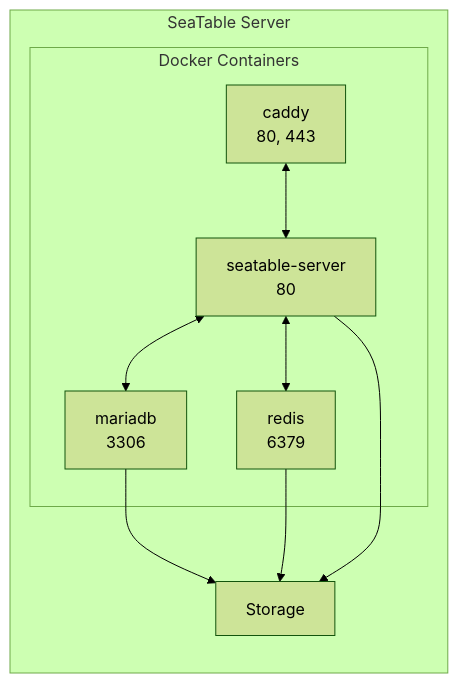
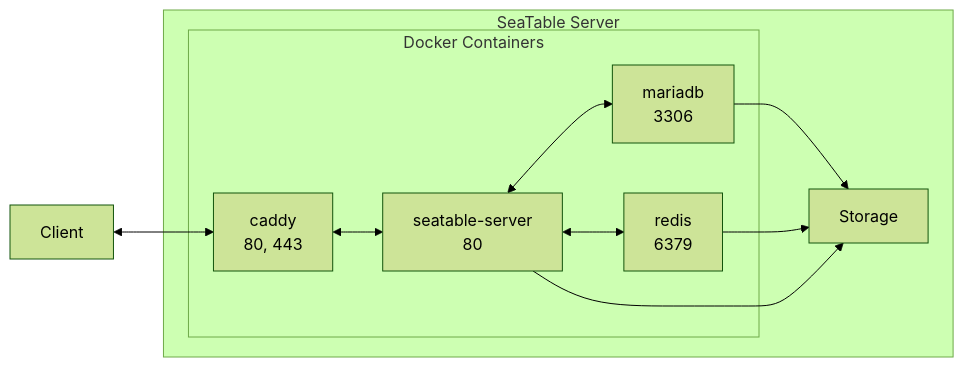
The first of 2 diagrams in docs/introduction/architecture.md (seatable/seatable-admin-docs), drawn with Mermaid (forest theme) before and after one commit.

Commit message:
Update architecture.md
Added client to overview diagram

````diff
--- a/docs/introduction/architecture.md
+++ b/docs/introduction/architecture.md
@@ -11,18 +11,19 @@
 ```mermaid
 flowchart LR
+    Client<-->A
     subgraph s[SeaTable Server]
         subgraph d[Docker Containers]
             A[caddy<br/>80, 443]
             B[seatable-server<br/>80]
             C[mariadb<br/>3306]
             D[redis<br/>6379]
             A<-->B
             B<-->C
             B<-->D
         end
         F[Storage]
         C --> F
         D --> F
         B --> F
     end
 ```
````
